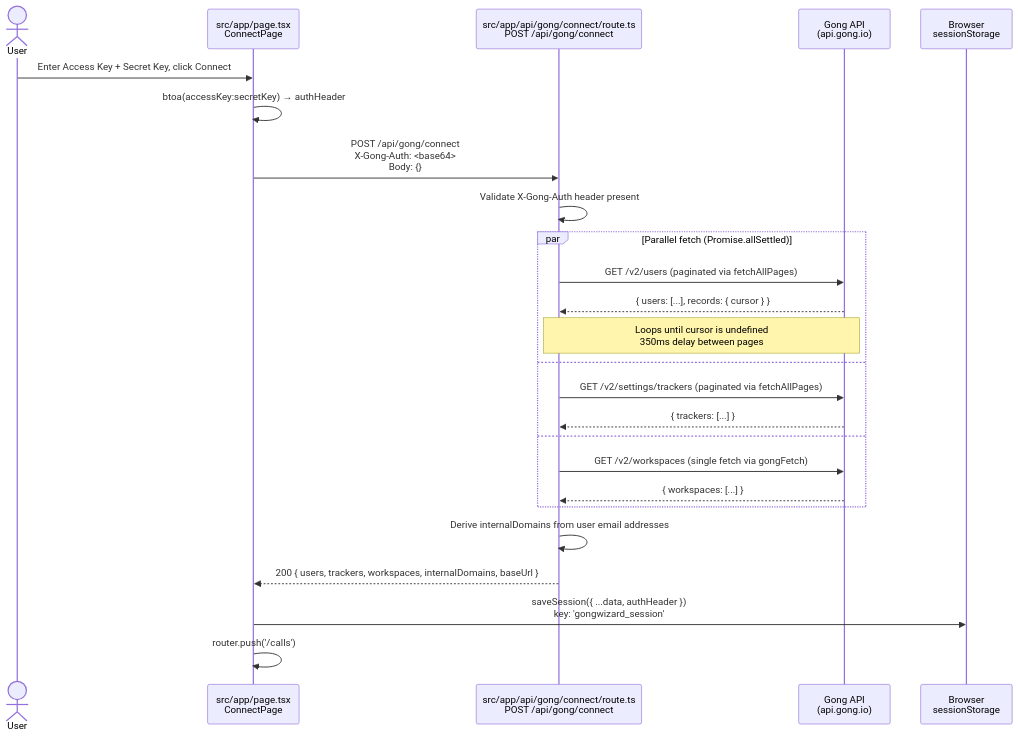
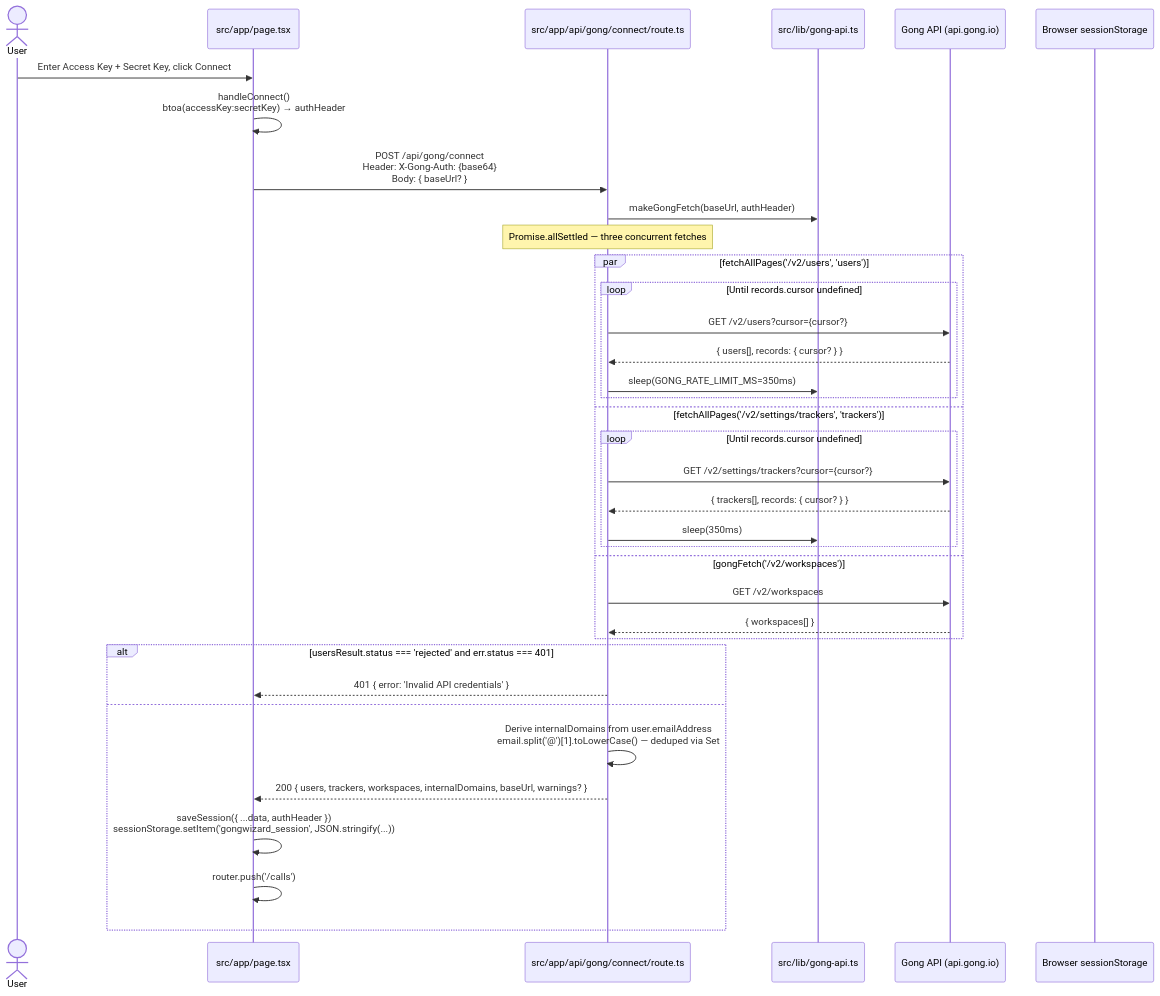
One commit to forrestmill-cmd/gongwizard changed the second of 4 diagrams in docs/generated/data-flows.md. Above: the diagram before and after it, drawn with Mermaid. The commit also changed other lines of this file and 9 other files, not shown here.

First line of the commit message:
docs: regenerate all documentation post-refactoring

````diff
--- a/docs/generated/data-flows.md
+++ b/docs/generated/data-flows.md
@@ -59,32 +65,42 @@
 ```mermaid
 sequenceDiagram
     actor User
-    participant ConnectPage as src/app/page.tsx<br/>ConnectPage
-    participant ConnectRoute as src/app/api/gong/connect/route.ts<br/>POST /api/gong/connect
-    participant GongAPI as Gong API<br/>(api.gong.io)
-    participant SessionStorage as Browser<br/>sessionStorage
+    participant ConnectPage as src/app/page.tsx
+    participant ConnectRoute as src/app/api/gong/connect/route.ts
+    participant GongLib as src/lib/gong-api.ts
+    participant GongAPI as Gong API (api.gong.io)
+    participant SessionStorage as Browser sessionStorage
 
     User->>ConnectPage: Enter Access Key + Secret Key, click Connect
-    ConnectPage->>ConnectPage: btoa(accessKey:secretKey) → authHeader
-    ConnectPage->>ConnectRoute: POST /api/gong/connect<br/>X-Gong-Auth: <base64><br/>Body: {}
+    ConnectPage->>ConnectPage: handleConnect()<br/>btoa(accessKey:secretKey) → authHeader
+    ConnectPage->>ConnectRoute: POST /api/gong/connect<br/>Header: X-Gong-Auth: {base64}<br/>Body: { baseUrl? }
 
-    ConnectRoute->>ConnectRoute: Validate X-Gong-Auth header present
+    ConnectRoute->>GongLib: makeGongFetch(baseUrl, authHeader)
+    Note over ConnectRoute: Promise.allSettled — three concurrent fetches
 
-    par Parallel fetch (Promise.allSettled)
-        ConnectRoute->>GongAPI: GET /v2/users (paginated via fetchAllPages)
-        GongAPI-->>ConnectRoute: { users: [...], records: { cursor } }
-        Note over ConnectRoute,GongAPI: Loops until cursor is undefined<br/>350ms delay between pages
-    and
-        ConnectRoute->>GongAPI: GET /v2/settings/trackers (paginated via fetchAllPages)
-        GongAPI-->>ConnectRoute: { trackers: [...] }
-    and
-        ConnectRoute->>GongAPI: GET /v2/workspaces (single fetch via gongFetch)
-        GongAPI-->>ConnectRoute: { workspaces: [...] }
+    par fetchAllPages('/v2/users', 'users')
+        loop Until records.cursor undefined
+            ConnectRoute->>GongAPI: GET /v2/users?cursor={cursor?}
+            GongAPI-->>ConnectRoute: { users[], records: { cursor? } }
+            ConnectRoute->>GongLib: sleep(GONG_RATE_LIMIT_MS=350ms)
+        end
+    and fetchAllPages('/v2/settings/trackers', 'trackers')
+        loop Until records.cursor undefined
+            ConnectRoute->>GongAPI: GET /v2/settings/trackers?cursor={cursor?}
+            GongAPI-->>ConnectRoute: { trackers[], records: { cursor? } }
+            ConnectRoute->>GongLib: sleep(350ms)
+        end
+    and gongFetch('/v2/workspaces')
+        ConnectRoute->>GongAPI: GET /v2/workspaces
+        GongAPI-->>ConnectRoute: { workspaces[] }
     end
 
-    ConnectRoute->>ConnectRoute: Derive internalDomains from user email addresses
-    ConnectRoute-->>ConnectPage: 200 { users, trackers, workspaces, internalDomains, baseUrl }
-
-    ConnectPage->>SessionStorage: saveSession({ ...data, authHeader })<br/>key: 'gongwizard_session'
-    ConnectPage->>ConnectPage: router.push('/calls')
+    alt usersResult.status === 'rejected' and err.status === 401
+        ConnectRoute-->>ConnectPage: 401 { error: 'Invalid API credentials' }
+    else
+        ConnectRoute->>ConnectRoute: Derive internalDomains from user.emailAddress<br/>email.split('@')[1].toLowerCase() — deduped via Set
+        ConnectRoute-->>ConnectPage: 200 { users, trackers, workspaces, internalDomains, baseUrl, warnings? }
+        ConnectPage->>ConnectPage: saveSession({ ...data, authHeader })<br/>sessionStorage.setItem('gongwizard_session', JSON.stringify(...))
+        ConnectPage->>ConnectPage: router.push('/calls')
+    end
 ```
````
